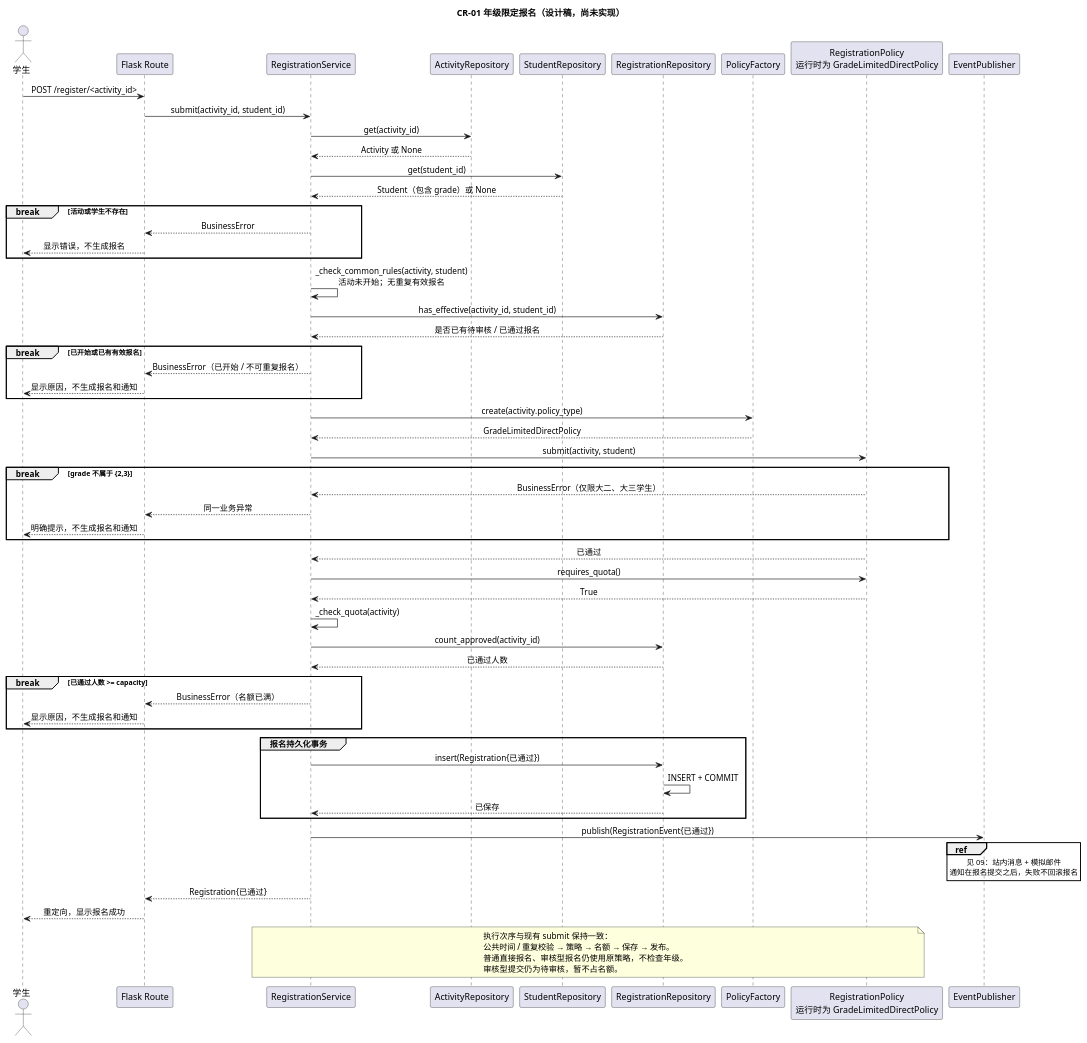
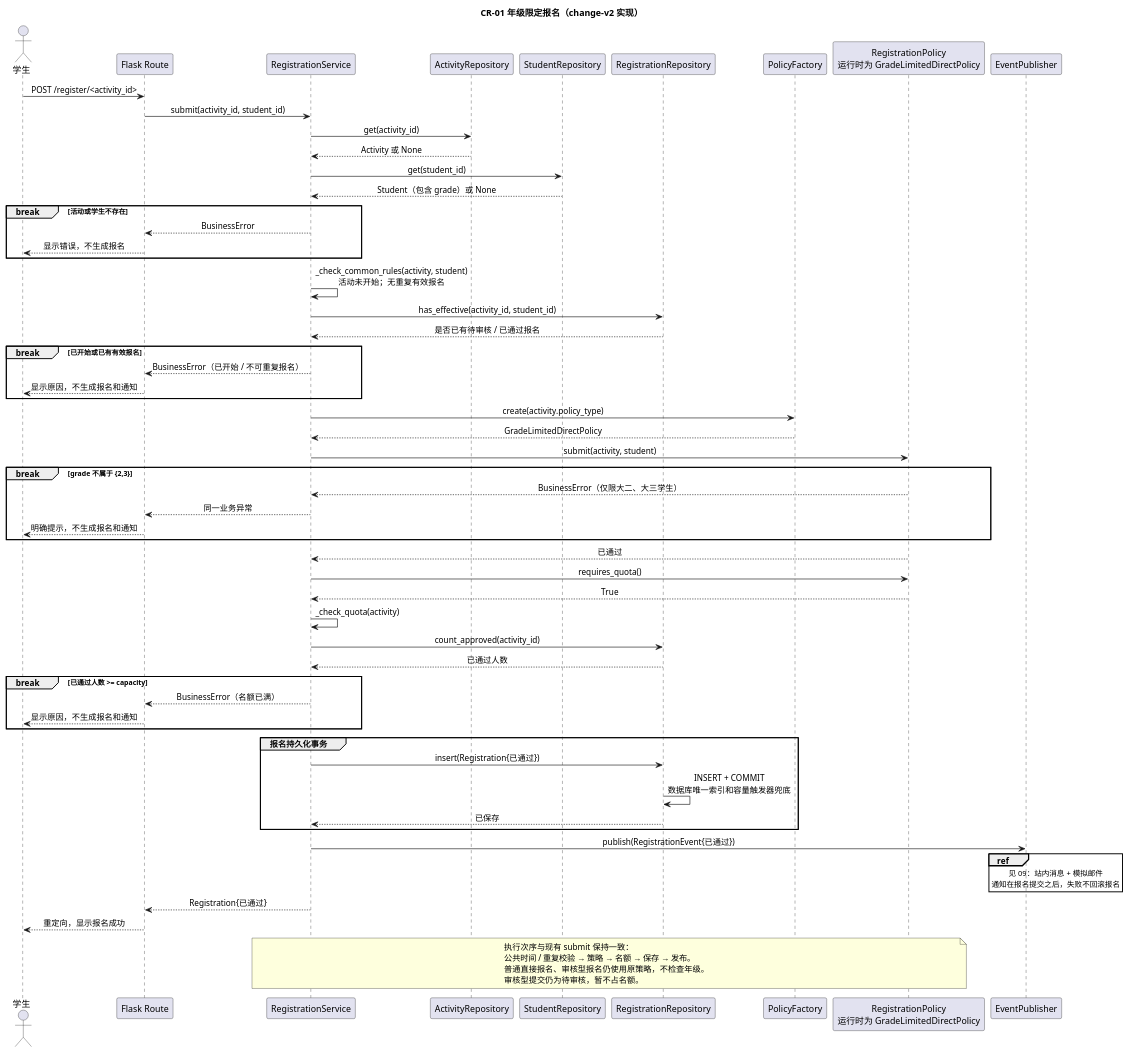
One commit to cql123-love/CampusEvent changed the diagram in design/08_时序图_年级限定报名.puml. Above: the diagram before and after it, drawn with PlantUML. The commit also changed 44 other files, not shown here.

```diff
--- a/design/08_时序图_年级限定报名.puml
+++ b/design/08_时序图_年级限定报名.puml
@@ -1,78 +1,78 @@
 @startuml
 skinparam defaultFontName "Microsoft YaHei"
 skinparam backgroundColor white
 skinparam shadowing false
 skinparam sequenceMessageAlign center
-title CR-01 年级限定报名（设计稿，尚未实现）
+title CR-01 年级限定报名（change-v2 实现）
 
 actor 学生 as User
 participant "Flask Route" as Route
 participant RegistrationService as Service
 participant ActivityRepository as Activities
 participant StudentRepository as Students
 participant RegistrationRepository as Registrations
 participant PolicyFactory as Factory
 participant "RegistrationPolicy\n运行时为 GradeLimitedDirectPolicy" as Policy
 participant EventPublisher as Publisher
 
 User -> Route : POST /register/<activity_id>
 Route -> Service : submit(activity_id, student_id)
 Service -> Activities : get(activity_id)
 Activities --> Service : Activity 或 None
 Service -> Students : get(student_id)
 Students --> Service : Student（包含 grade）或 None
 
 break 活动或学生不存在
   Service --> Route : BusinessError
   Route --> User : 显示错误，不生成报名
 end
 
 Service -> Service : _check_common_rules(activity, student)\n活动未开始；无重复有效报名
 Service -> Registrations : has_effective(activity_id, student_id)
 Registrations --> Service : 是否已有待审核 / 已通过报名
 break 已开始或已有有效报名
   Service --> Route : BusinessError（已开始 / 不可重复报名）
   Route --> User : 显示原因，不生成报名和通知
 end
 
 Service -> Factory : create(activity.policy_type)
 Factory --> Service : GradeLimitedDirectPolicy
 Service -> Policy : submit(activity, student)
 break grade 不属于 {2,3}
   Policy --> Service : BusinessError（仅限大二、大三学生）
   Service --> Route : 同一业务异常
   Route --> User : 明确提示，不生成报名和通知
 end
 Policy --> Service : 已通过
 
 Service -> Policy : requires_quota()
 Policy --> Service : True
 Service -> Service : _check_quota(activity)
 Service -> Registrations : count_approved(activity_id)
 Registrations --> Service : 已通过人数
 break 已通过人数 >= capacity
   Service --> Route : BusinessError（名额已满）
   Route --> User : 显示原因，不生成报名和通知
 end
 
 group 报名持久化事务
   Service -> Registrations : insert(Registration{已通过})
-  Registrations -> Registrations : INSERT + COMMIT
+  Registrations -> Registrations : INSERT + COMMIT\n数据库唯一索引和容量触发器兜底
   Registrations --> Service : 已保存
 end
 
 Service -> Publisher : publish(RegistrationEvent{已通过})
 ref over Publisher
   见 09：站内消息 + 模拟邮件
   通知在报名提交之后，失败不回滚报名
 end ref
 Service --> Route : Registration{已通过}
 Route --> User : 重定向，显示报名成功
 
 note over Service,Policy
   执行次序与现有 submit 保持一致：
   公共时间 / 重复校验 → 策略 → 名额 → 保存 → 发布。
   普通直接报名、审核型报名仍使用原策略，不检查年级。
   审核型提交仍为待审核，暂不占名额。
 end note
 @enduml
```
